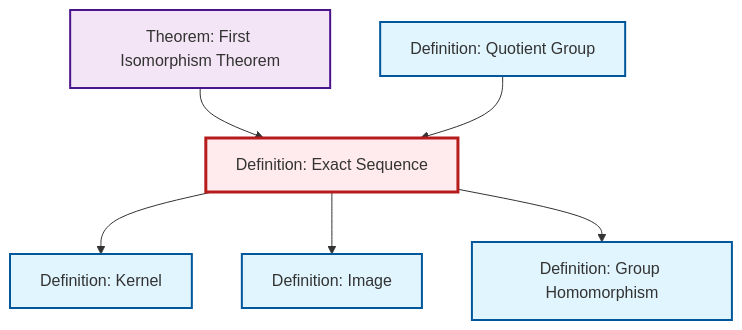
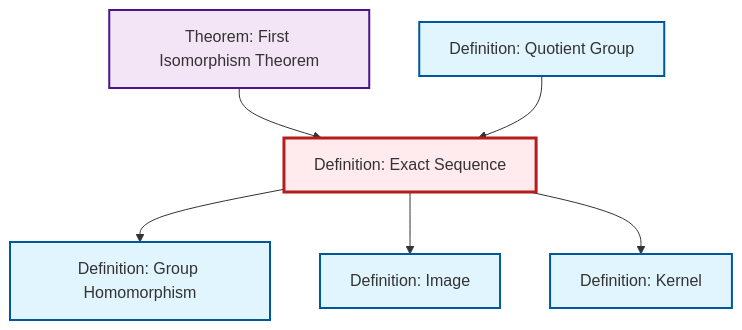
Before and after one commit to RK0429/ModernMath: the diagram in content/en/algebra/def-exact-sequence.qmd, drawn with Mermaid. The commit also changed other lines of this file and 328 other files, not shown here.

````diff
--- a/content/en/algebra/def-exact-sequence.qmd
+++ b/content/en/algebra/def-exact-sequence.qmd
@@ -105,26 +105,26 @@
 ```{mermaid}
 %%| fig-cap: "Local dependency graph"
 graph TD
     classDef definition fill:#e1f5fe,stroke:#01579b,stroke-width:2px
     classDef theorem fill:#f3e5f5,stroke:#4a148c,stroke-width:2px
     classDef axiom fill:#fff3e0,stroke:#e65100,stroke-width:2px
     classDef example fill:#e8f5e9,stroke:#1b5e20,stroke-width:2px
     classDef current fill:#ffebee,stroke:#b71c1c,stroke-width:3px
+    def-kernel["Definition: Kernel"]:::definition
+    thm-first-isomorphism["Theorem: First Isomorphism Theorem"]:::theorem
+    def-image["Definition: Image"]:::definition
+    def-homomorphism["Definition: Group Homomorphism"]:::definition
     def-exact-sequence["Definition: Exact Sequence"]:::definition
     def-quotient-group["Definition: Quotient Group"]:::definition
-    thm-first-isomorphism["Theorem: First Isomorphism Theorem"]:::theorem
-    def-homomorphism["Definition: Group Homomorphism"]:::definition
-    def-kernel["Definition: Kernel"]:::definition
-    def-image["Definition: Image"]:::definition
-    def-exact-sequence --> def-kernel
-    def-exact-sequence --> def-image
     thm-first-isomorphism --> def-exact-sequence
     def-exact-sequence --> def-homomorphism
     def-quotient-group --> def-exact-sequence
+    def-exact-sequence --> def-image
+    def-exact-sequence --> def-kernel
     class def-exact-sequence current
+    click def-kernel "def-kernel.html" "Go to Kernel definition"
+    click thm-first-isomorphism "thm-first-isomorphism.html" "Go to First Isomorphism Theorem theorem"
+    click def-image "def-image.html" "Go to Image definition"
+    click def-homomorphism "def-homomorphism.html" "Go to Group Homomorphism definition"
     click def-quotient-group "def-quotient-group.html" "Go to Quotient Group definition"
-    click thm-first-isomorphism "thm-first-isomorphism.html" "Go to First Isomorphism Theorem theorem"
-    click def-homomorphism "def-homomorphism.html" "Go to Group Homomorphism definition"
-    click def-kernel "def-kernel.html" "Go to Kernel definition"
-    click def-image "def-image.html" "Go to Image definition"
 ```
````
